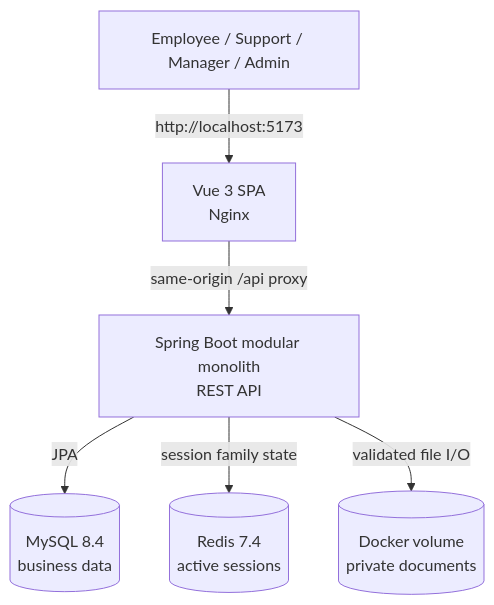
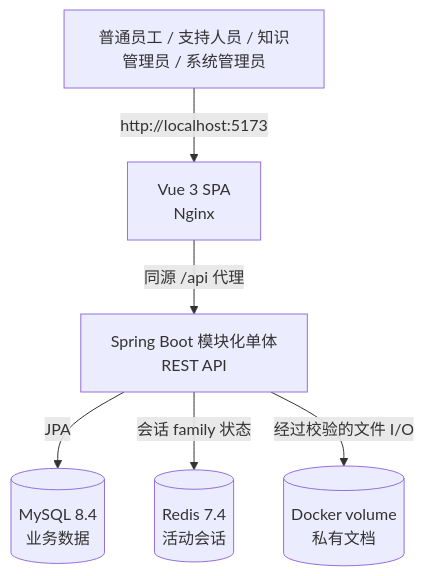
Before and after one commit to YUKANN518/KnowledgeOps: the diagram in docs/ARCHITECTURE.md, drawn with Mermaid. The commit also changed other lines of this file and 31 other files, not shown here.

````diff
--- a/docs/ARCHITECTURE.md
+++ b/docs/ARCHITECTURE.md
@@ -7,15 +7,15 @@
 ```mermaid
 flowchart TB
-    User[Employee / Support / Manager / Admin]
+    User[普通员工 / 支持人员 / 知识管理员 / 系统管理员]
     Frontend[Vue 3 SPA<br/>Nginx]
-    Backend[Spring Boot modular monolith<br/>REST API]
-    MySQL[(MySQL 8.4<br/>business data)]
-    Redis[(Redis 7.4<br/>active sessions)]
-    Storage[(Docker volume<br/>private documents)]
+    Backend[Spring Boot 模块化单体<br/>REST API]
+    MySQL[(MySQL 8.4<br/>业务数据)]
+    Redis[(Redis 7.4<br/>活动会话)]
+    Storage[(Docker volume<br/>私有文档)]
 
     User -->|http://localhost:5173| Frontend
-    Frontend -->|same-origin /api proxy| Backend
+    Frontend -->|同源 /api 代理| Backend
     Backend -->|JPA| MySQL
-    Backend -->|session family state| Redis
-    Backend -->|validated file I/O| Storage
+    Backend -->|会话 family 状态| Redis
+    Backend -->|经过校验的文件 I/O| Storage
 ```
````
